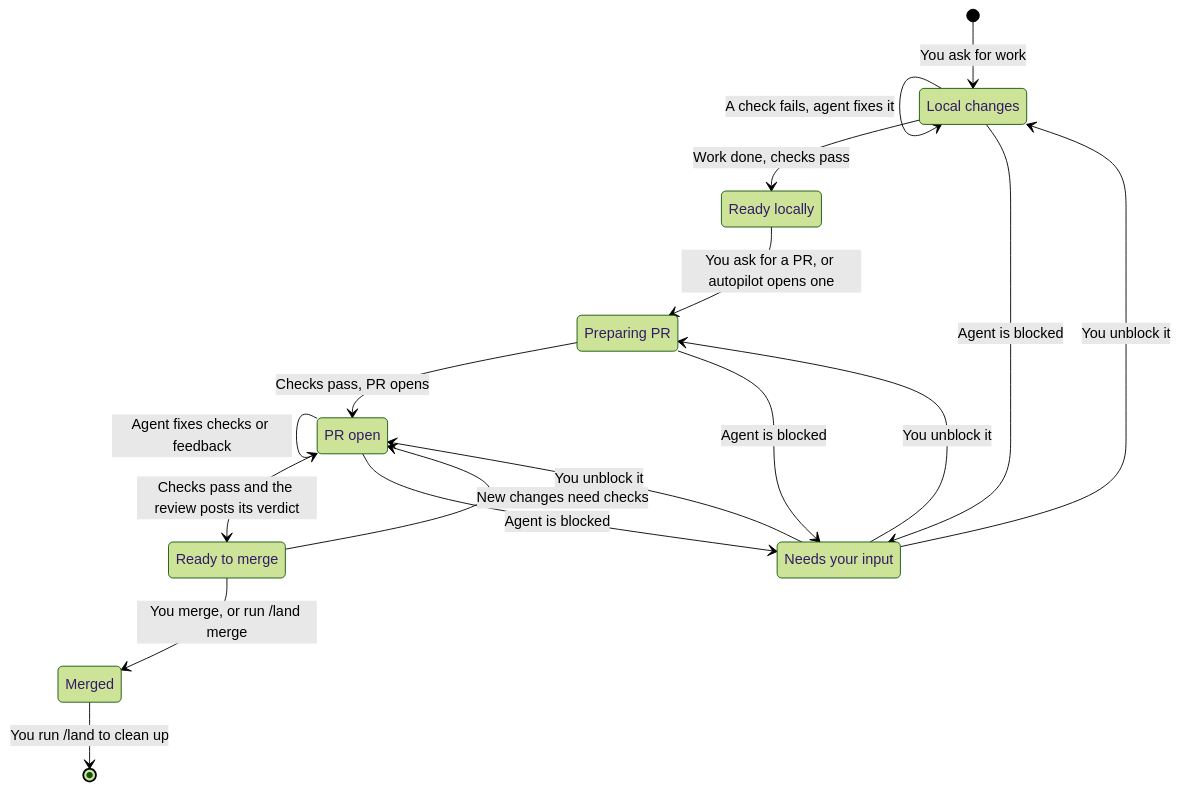
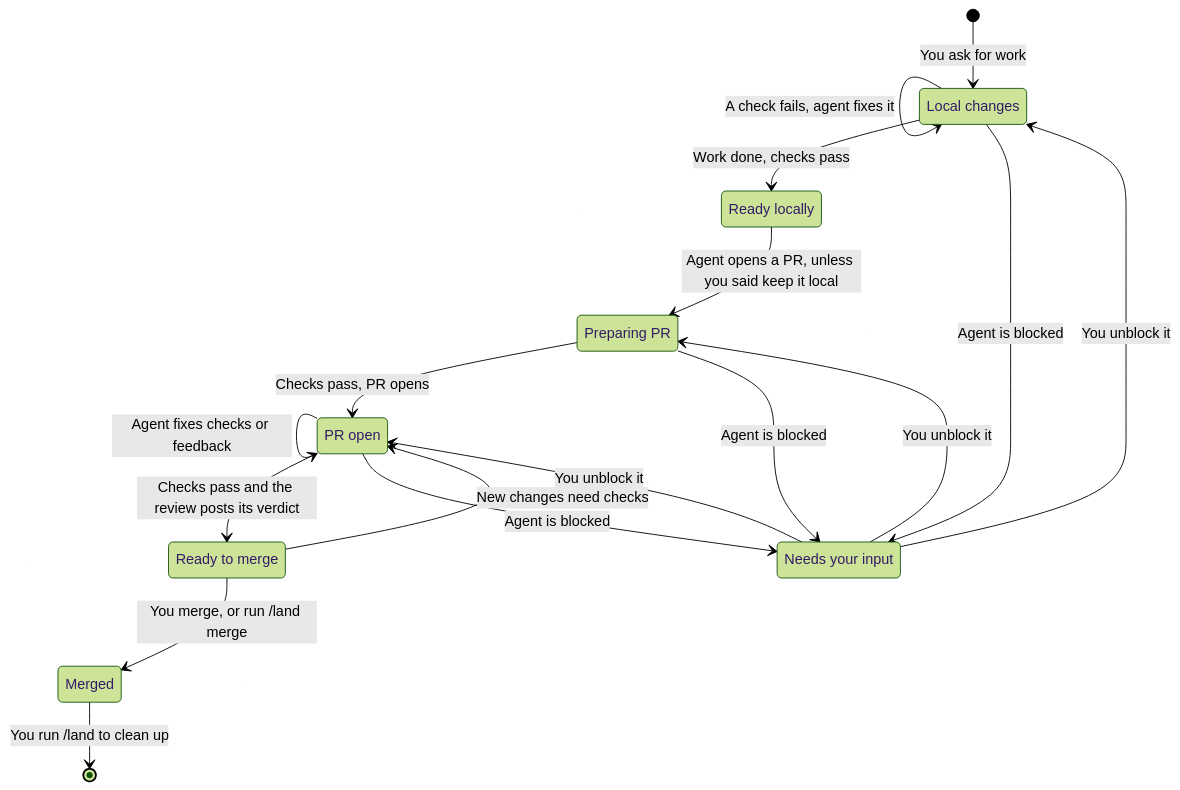
One commit to jvillegasd/harness changed the diagram in README.md. Above: the diagram before and after it, drawn with Mermaid (forest theme). The commit also changed other lines of this file and 33 other files, not shown here.

````diff
--- a/README.md
+++ b/README.md
@@ -100,28 +102,28 @@
 ```mermaid
 stateDiagram-v2
     direction TB
     state "Local changes" as Local
     state "Ready locally" as LocalReady
     state "Preparing PR" as Preparing
     state "PR open" as PR
     state "Ready to merge" as MergeReady
     state "Needs your input" as Waiting
 
     [*] --> Local: You ask for work
     Local --> Local: A check fails, agent fixes it
     Local --> LocalReady: Work done, checks pass
-    LocalReady --> Preparing: You ask for a PR, or autopilot opens one
+    LocalReady --> Preparing: Agent opens a PR, unless you said keep it local
     Preparing --> PR: Checks pass, PR opens
     PR --> PR: Agent fixes checks or feedback
     PR --> MergeReady: Checks pass and the review posts its verdict
     MergeReady --> PR: New changes need checks
     MergeReady --> Merged: You merge, or run /land merge
     Merged --> [*]: You run /land to clean up
 
     Local --> Waiting: Agent is blocked
     Preparing --> Waiting: Agent is blocked
     PR --> Waiting: Agent is blocked
     Waiting --> Local: You unblock it
     Waiting --> Preparing: You unblock it
     Waiting --> PR: You unblock it
 ```
````
